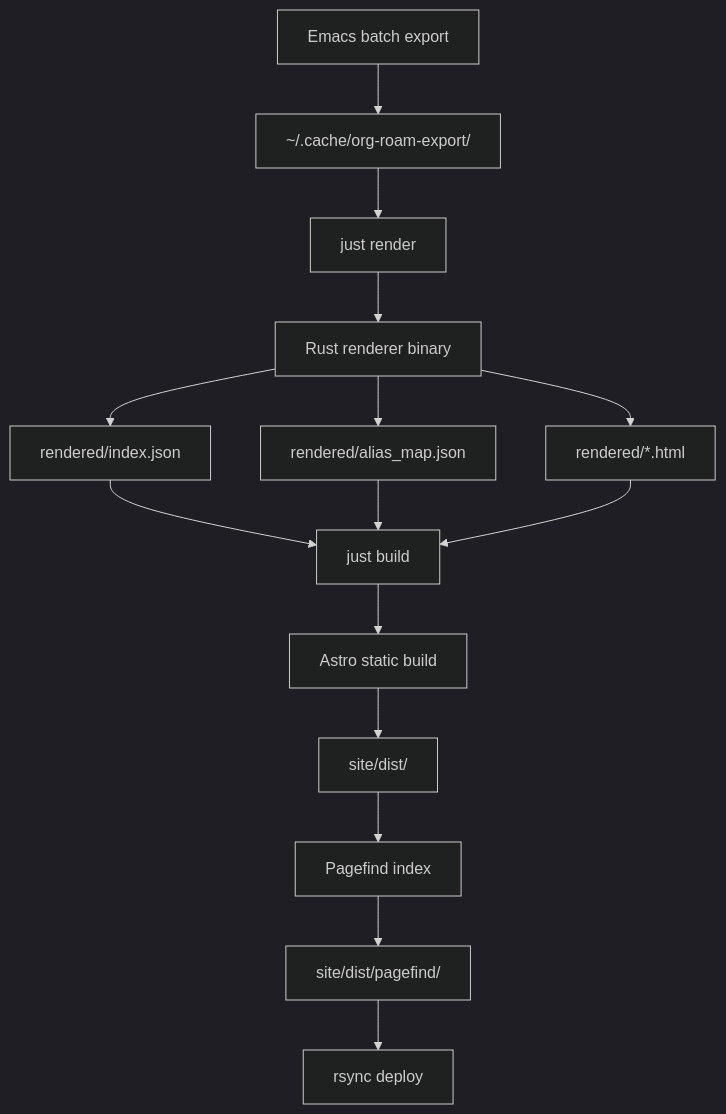
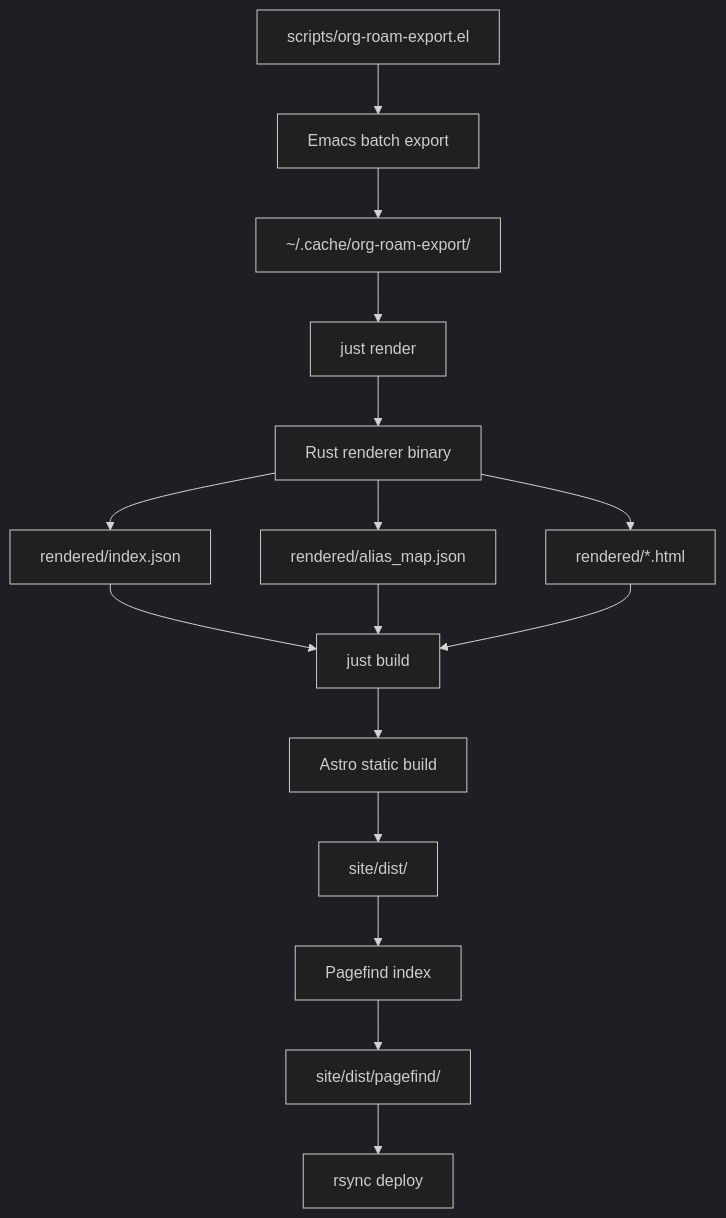
Before and after one commit to addisonbeck/addisonbeck.com: the diagram in .claude/CLAUDE.md, drawn with Mermaid (dark theme). The commit also changed other lines of this file and 2 other files, not shown here.

Commit message:
bundle the exporter script in the project

````diff
--- a/.claude/CLAUDE.md
+++ b/.claude/CLAUDE.md
@@ -13,17 +13,18 @@
 ```mermaid
 graph TD
-    A[Emacs batch export] --> B[~/.cache/org-roam-export/]
-    B --> C[just render]
-    C --> D[Rust renderer binary]
-    D --> E[rendered/index.json]
-    D --> F[rendered/alias_map.json]
-    D --> G[rendered/*.html]
-    E --> H[just build]
-    F --> H
-    G --> H
-    H --> I[Astro static build]
-    I --> J[site/dist/]
-    J --> K[Pagefind index]
-    K --> L[site/dist/pagefind/]
-    L --> M[rsync deploy]
+    A[scripts/org-roam-export.el] --> B[Emacs batch export]
+    B --> C[~/.cache/org-roam-export/]
+    C --> D[just render]
+    D --> E[Rust renderer binary]
+    E --> F[rendered/index.json]
+    E --> G[rendered/alias_map.json]
+    E --> H[rendered/*.html]
+    F --> I[just build]
+    G --> I
+    H --> I
+    I --> J[Astro static build]
+    J --> K[site/dist/]
+    K --> L[Pagefind index]
+    L --> M[site/dist/pagefind/]
+    M --> N[rsync deploy]
 ```
````
